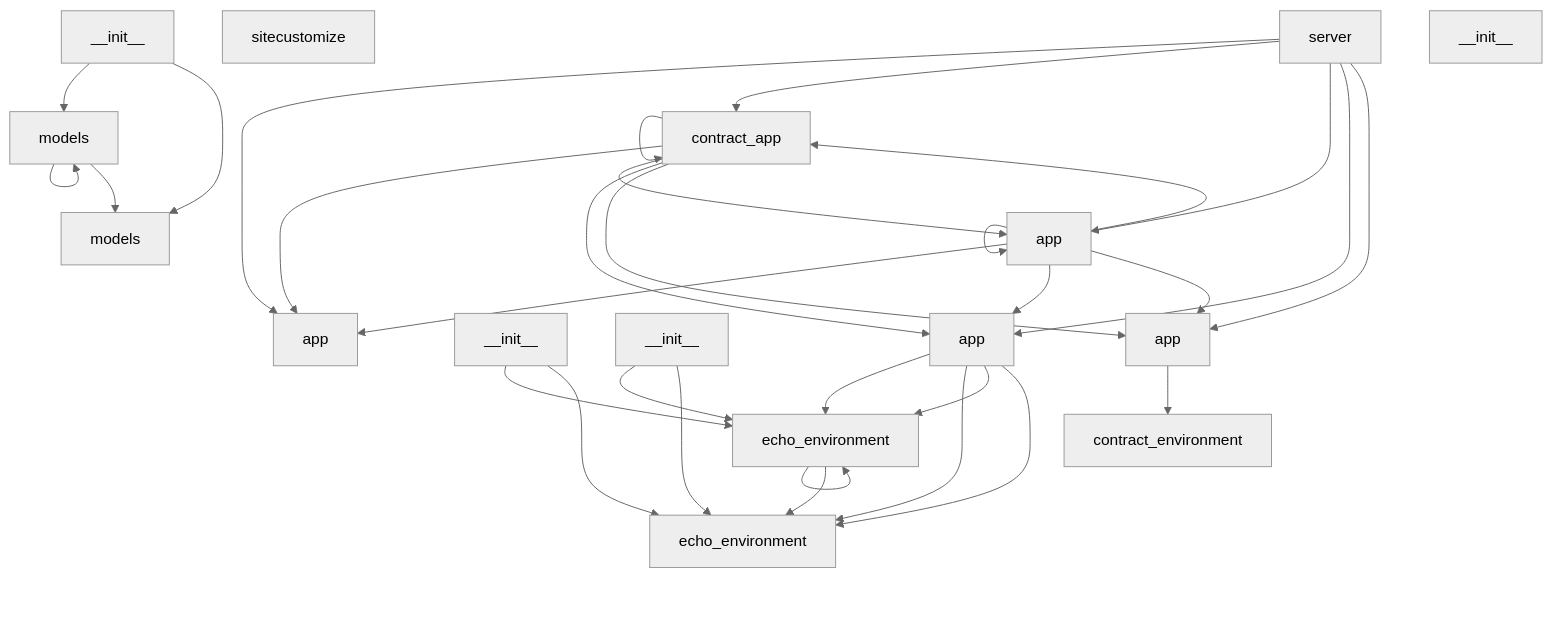
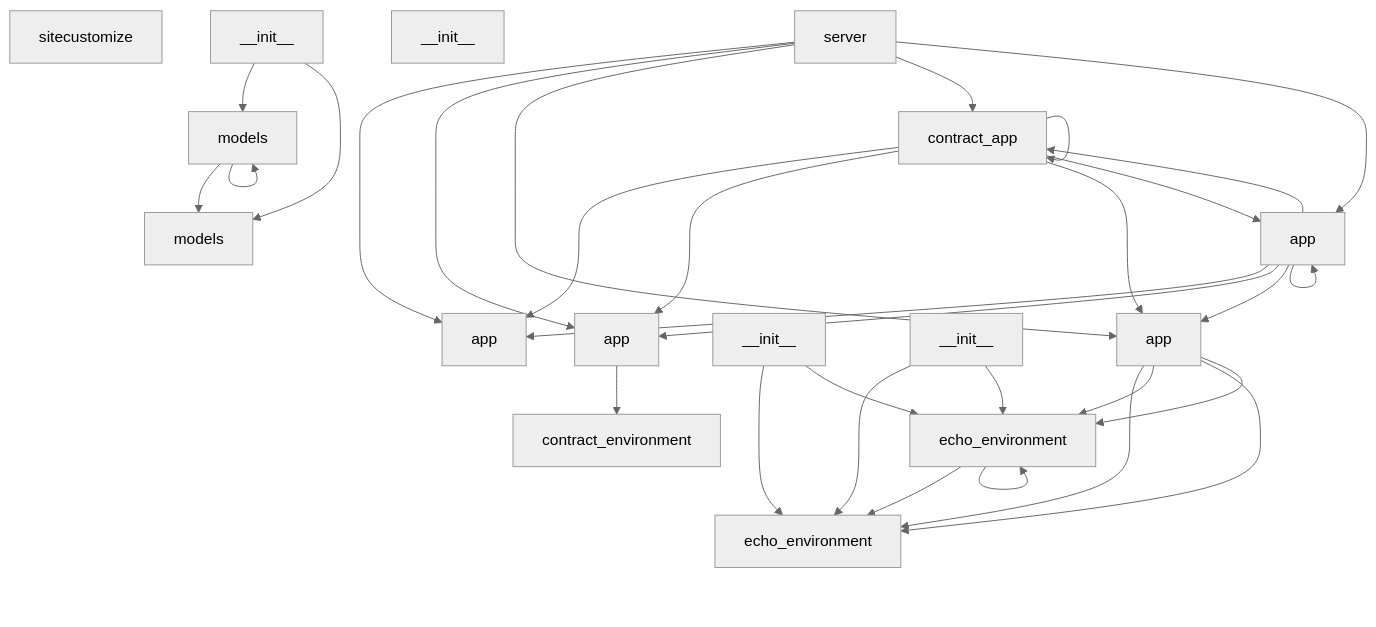
One commit to NITISH-R-G/DIALECTICA changed the first of 2 diagrams in README.md. Above: the diagram before and after it, drawn with Mermaid (neutral theme). The commit also changed other lines of this file and 2 other files, not shown here.

Commit message:
docs: Auto-update architecture and README

````diff
--- a/README.md
+++ b/README.md
@@ -26,65 +26,65 @@
 ```mermaid
 graph TD
-    server_py["server"]
-    click server_py href "server.py" "Go to source"
-    server_py --> app_py
-    server_py --> server_contract_app_py
-    server_py --> server_app_py
-    server_py --> src_echo_env_server_app_py
-    server_py --> src_contract_env_server_app_py
     models_py["models"]
     click models_py href "models.py" "Go to source"
     models_py --> models_py
     models_py --> src_echo_env_models_py
+    sitecustomize_py["sitecustomize"]
+    click sitecustomize_py href "sitecustomize.py" "Go to source"
+    server_py["server"]
+    click server_py href "server.py" "Go to source"
+    server_py --> app_py
+    server_py --> src_contract_env_server_app_py
+    server_py --> src_echo_env_server_app_py
+    server_py --> server_contract_app_py
+    server_py --> server_app_py
     app_py["app"]
     click app_py href "app.py" "Go to source"
-    sitecustomize_py["sitecustomize"]
-    click sitecustomize_py href "sitecustomize.py" "Go to source"
-    server_echo_environment_py["echo_environment"]
-    click server_echo_environment_py href "server/echo_environment.py" "Go to source"
-    server_echo_environment_py --> server_echo_environment_py
-    server_echo_environment_py --> src_echo_env_server_echo_environment_py
-    server_contract_app_py["contract_app"]
-    click server_contract_app_py href "server/contract_app.py" "Go to source"
-    server_contract_app_py --> app_py
-    server_contract_app_py --> server_contract_app_py
-    server_contract_app_py --> server_app_py
-    server_contract_app_py --> src_echo_env_server_app_py
-    server_contract_app_py --> src_contract_env_server_app_py
-    server_app_py["app"]
-    click server_app_py href "server/app.py" "Go to source"
-    server_app_py --> app_py
-    server_app_py --> server_contract_app_py
-    server_app_py --> server_app_py
-    server_app_py --> src_echo_env_server_app_py
-    server_app_py --> src_contract_env_server_app_py
-    server___init___py["__init__"]
-    click server___init___py href "server/__init__.py" "Go to source"
-    server___init___py --> server_echo_environment_py
-    server___init___py --> src_echo_env_server_echo_environment_py
+    src_contract_env___init___py["__init__"]
+    click src_contract_env___init___py href "src/contract_env/__init__.py" "Go to source"
+    src_contract_env_server_app_py["app"]
+    click src_contract_env_server_app_py href "src/contract_env/server/app.py" "Go to source"
+    src_contract_env_server_app_py --> src_contract_env_server_contract_environment_py
+    src_contract_env_server_contract_environment_py["contract_environment"]
+    click src_contract_env_server_contract_environment_py href "src/contract_env/server/contract_environment.py" "Go to source"
     src_echo_env_models_py["models"]
     click src_echo_env_models_py href "src/echo_env/models.py" "Go to source"
     src_echo_env___init___py["__init__"]
     click src_echo_env___init___py href "src/echo_env/__init__.py" "Go to source"
     src_echo_env___init___py --> models_py
     src_echo_env___init___py --> src_echo_env_models_py
     src_echo_env_server_echo_environment_py["echo_environment"]
     click src_echo_env_server_echo_environment_py href "src/echo_env/server/echo_environment.py" "Go to source"
     src_echo_env_server_app_py["app"]
     click src_echo_env_server_app_py href "src/echo_env/server/app.py" "Go to source"
+    src_echo_env_server_app_py --> src_echo_env_server_echo_environment_py
     src_echo_env_server_app_py --> server_echo_environment_py
     src_echo_env_server_app_py --> src_echo_env_server_echo_environment_py
     src_echo_env_server_app_py --> server_echo_environment_py
-    src_echo_env_server_app_py --> src_echo_env_server_echo_environment_py
     src_echo_env_server___init___py["__init__"]
     click src_echo_env_server___init___py href "src/echo_env/server/__init__.py" "Go to source"
+    src_echo_env_server___init___py --> src_echo_env_server_echo_environment_py
     src_echo_env_server___init___py --> server_echo_environment_py
-    src_echo_env_server___init___py --> src_echo_env_server_echo_environment_py
-    src_contract_env___init___py["__init__"]
-    click src_contract_env___init___py href "src/contract_env/__init__.py" "Go to source"
-    src_contract_env_server_app_py["app"]
-    click src_contract_env_server_app_py href "src/contract_env/server/app.py" "Go to source"
-    src_contract_env_server_app_py --> src_contract_env_server_contract_environment_py
-    src_contract_env_server_contract_environment_py["contract_environment"]
-    click src_contract_env_server_contract_environment_py href "src/contract_env/server/contract_environment.py" "Go to source"
+    server_contract_app_py["contract_app"]
+    click server_contract_app_py href "server/contract_app.py" "Go to source"
+    server_contract_app_py --> app_py
+    server_contract_app_py --> src_contract_env_server_app_py
+    server_contract_app_py --> src_echo_env_server_app_py
+    server_contract_app_py --> server_contract_app_py
+    server_contract_app_py --> server_app_py
+    server_echo_environment_py["echo_environment"]
+    click server_echo_environment_py href "server/echo_environment.py" "Go to source"
+    server_echo_environment_py --> src_echo_env_server_echo_environment_py
+    server_echo_environment_py --> server_echo_environment_py
+    server_app_py["app"]
+    click server_app_py href "server/app.py" "Go to source"
+    server_app_py --> app_py
+    server_app_py --> src_contract_env_server_app_py
+    server_app_py --> src_echo_env_server_app_py
+    server_app_py --> server_contract_app_py
+    server_app_py --> server_app_py
+    server___init___py["__init__"]
+    click server___init___py href "server/__init__.py" "Go to source"
+    server___init___py --> src_echo_env_server_echo_environment_py
+    server___init___py --> server_echo_environment_py
 ```
````
